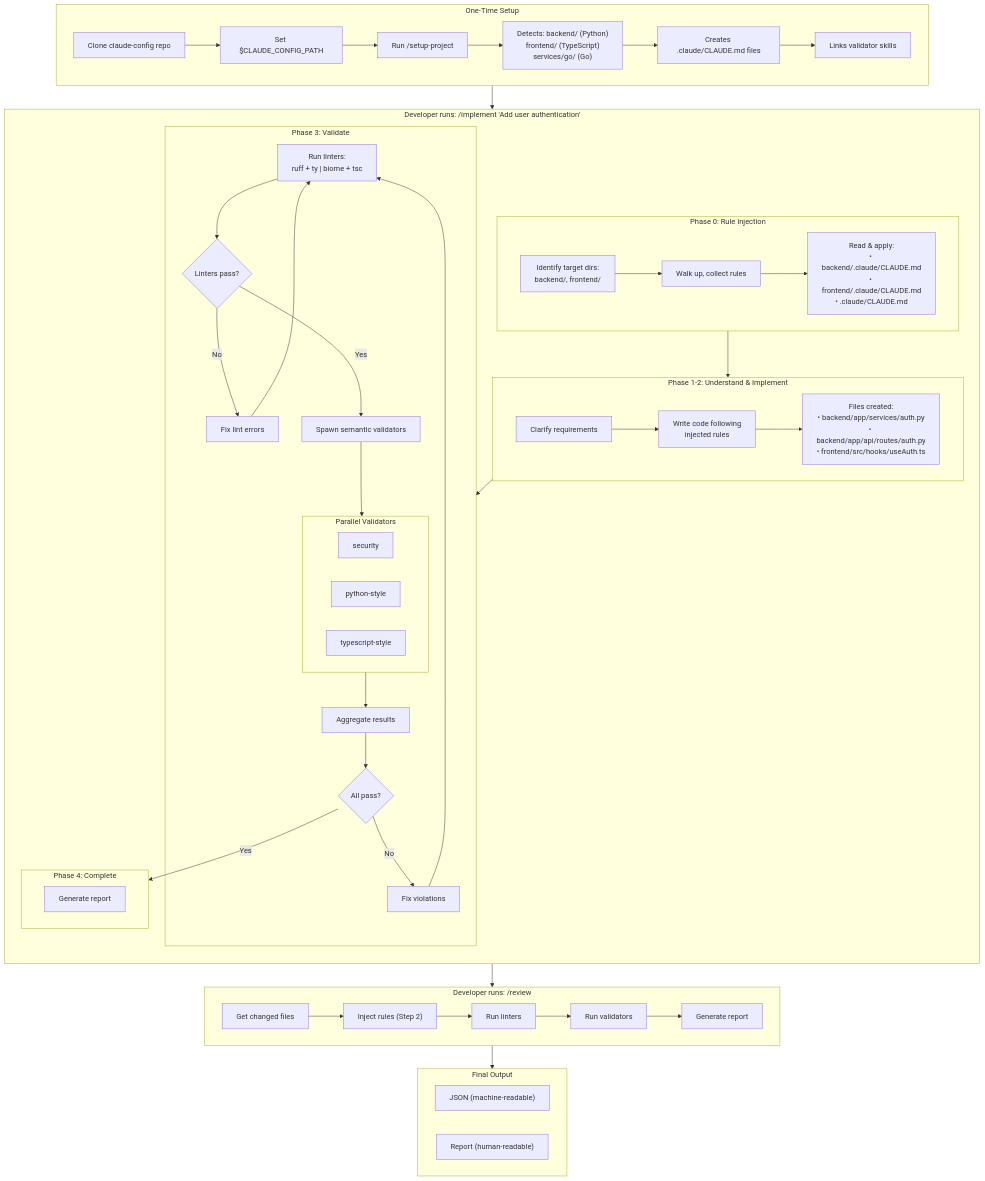
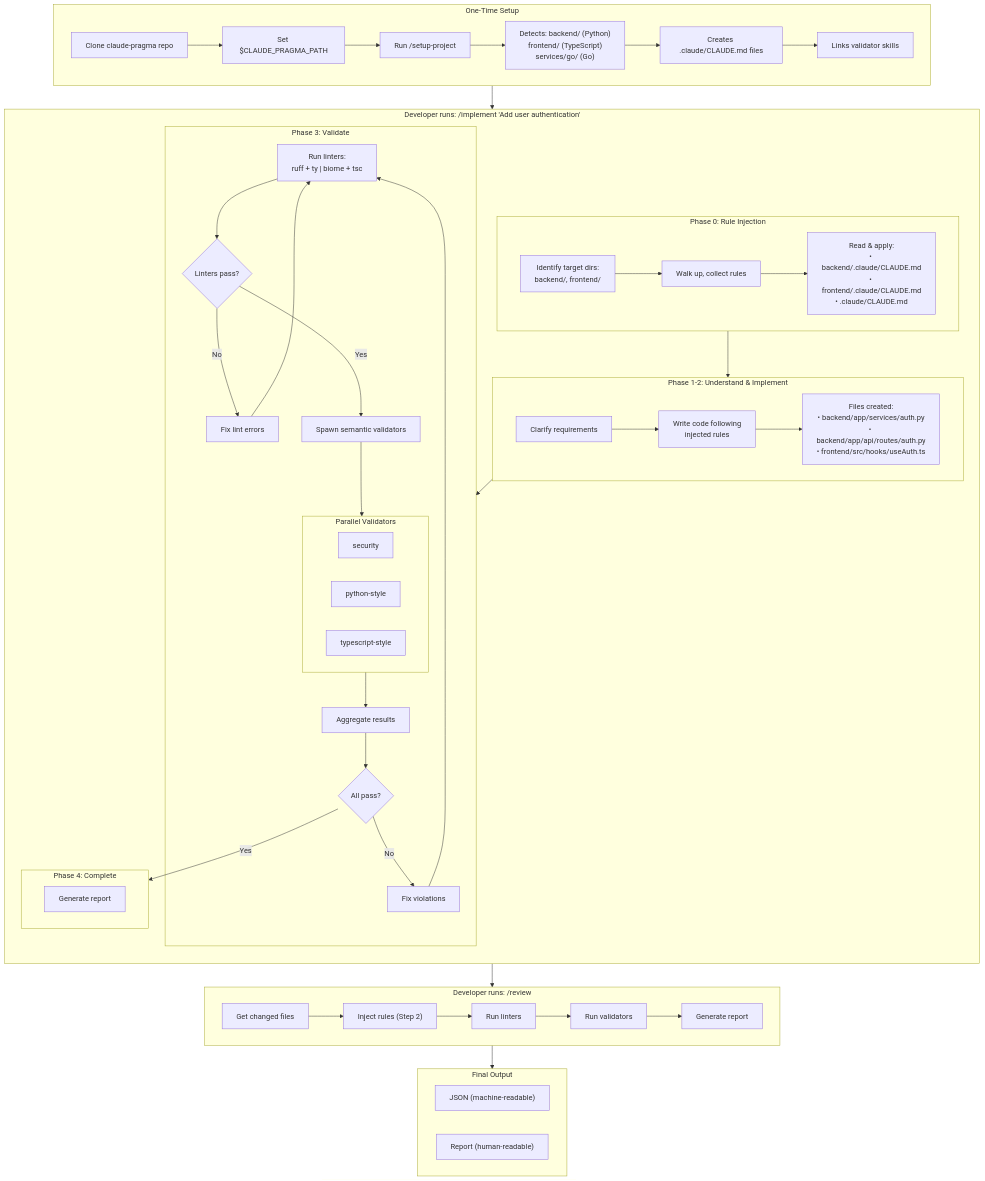
Before and after one commit to peteski22/claude-pragma: the first of 9 diagrams in ARCHITECTURE.md, drawn with Mermaid. The commit also changed other lines of this file and 5 other files, not shown here.

First line of the commit message:
Rename to claude-pragma and prepare for public release

````diff
--- a/ARCHITECTURE.md
+++ b/ARCHITECTURE.md
@@ -9,78 +9,78 @@
 ```mermaid
 flowchart TB
     subgraph Setup["One-Time Setup"]
-        S1["Clone claude-config repo"]
-        S2["Set $CLAUDE_CONFIG_PATH"]
+        S1["Clone claude-pragma repo"]
+        S2["Set $CLAUDE_PRAGMA_PATH"]
         S3["Run /setup-project"]
         S1 --> S2 --> S3
         S3 --> S3a["Detects: backend/ (Python)<br/>frontend/ (TypeScript)<br/>services/go/ (Go)"]
         S3a --> S3b["Creates .claude/CLAUDE.md files"]
         S3b --> S3c["Links validator skills"]
     end
 
     subgraph Implement["Developer runs: /implement 'Add user authentication'"]
         direction TB
 
         subgraph P0["Phase 0: Rule Injection"]
             P0a["Identify target dirs:<br/>backend/, frontend/"]
             P0b["Walk up, collect rules"]
             P0c["Read & apply:<br/>• backend/.claude/CLAUDE.md<br/>• frontend/.claude/CLAUDE.md<br/>• .claude/CLAUDE.md"]
             P0a --> P0b --> P0c
         end
 
         subgraph P12["Phase 1-2: Understand & Implement"]
             P12a["Clarify requirements"]
             P12b["Write code following<br/>injected rules"]
             P12c["Files created:<br/>• backend/app/services/auth.py<br/>• backend/app/api/routes/auth.py<br/>• frontend/src/hooks/useAuth.ts"]
             P12a --> P12b --> P12c
         end
 
         subgraph P3["Phase 3: Validate"]
             P3a["Run linters:<br/>ruff + ty | biome + tsc"]
             P3b{Linters pass?}
             P3c["Fix lint errors"]
             P3d["Spawn semantic validators"]
 
             P3a --> P3b
             P3b -->|No| P3c --> P3a
             P3b -->|Yes| P3d
 
             subgraph Validators["Parallel Validators"]
                 V1["security"]
                 V2["python-style"]
                 V3["typescript-style"]
             end
 
             P3d --> Validators
             Validators --> P3e["Aggregate results"]
             P3e --> P3f{All pass?}
             P3f -->|No| P3g["Fix violations"]
             P3g --> P3a
         end
 
         subgraph P4["Phase 4: Complete"]
             P4a["Generate report"]
         end
 
         P0 --> P12 --> P3
         P3f -->|Yes| P4
     end
 
     subgraph Review["Developer runs: /review"]
         R1["Get changed files"]
         R2["Inject rules (Step 2)"]
         R3["Run linters"]
         R4["Run validators"]
         R5["Generate report"]
         R1 --> R2 --> R3 --> R4 --> R5
     end
 
     subgraph Output["Final Output"]
         O1["JSON (machine-readable)"]
         O2["Report (human-readable)"]
     end
 
     Setup --> Implement
     Implement --> Review
     Review --> Output
 ```
````
